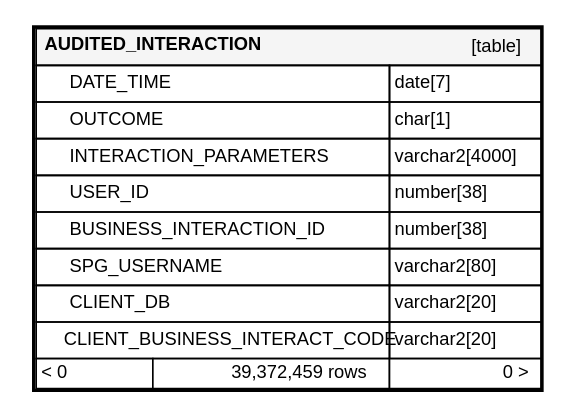
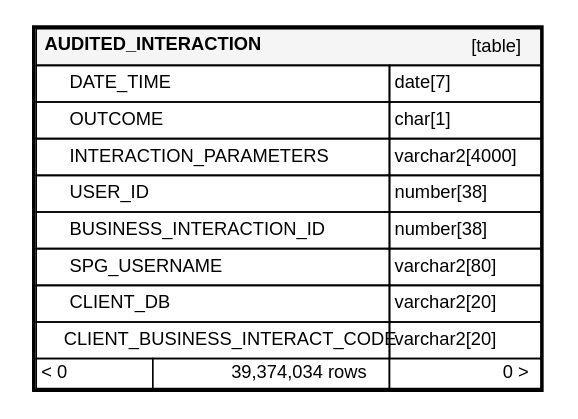
One commit to ministryofjustice/hmpps-probation-integration-services changed the diagram in schema-spy-report/diagrams/orphans/AUDITED_INTERACTION.1degree.dot. Above: the diagram before and after it, drawn with Graphviz. The commit also changed 84 other files, not shown here.

```diff
--- a/schema-spy-report/diagrams/orphans/AUDITED_INTERACTION.1degree.dot
+++ b/schema-spy-report/diagrams/orphans/AUDITED_INTERACTION.1degree.dot
@@ -1,37 +1,37 @@
 digraph "AUDITED_INTERACTION" {
   graph [
     rankdir="RL"
     bgcolor="#ffffff"
     nodesep="0.18"
     ranksep="0.46"
     fontname="Helvetica"
     fontsize="11"
     ration="compress"
   ];
   node [
     fontname="Helvetica"
     fontsize="11"
     shape="plaintext"
   ];
   edge [
     arrowsize="0.8"
   ];
   "AUDITED_INTERACTION" [
    label=<
     <TABLE BORDER="2" CELLBORDER="1" CELLSPACING="0" BGCOLOR="#ffffff">
       <TR><TD COLSPAN="4"  BGCOLOR="#f5f5f5"><TABLE BORDER="0" CELLSPACING="0"><TR><TD ALIGN="LEFT"><B>AUDITED_INTERACTION</B></TD><TD ALIGN="RIGHT">[table]</TD></TR></TABLE></TD></TR>
       <TR><TD PORT="DATE_TIME" COLSPAN="2" ALIGN="LEFT"><TABLE BORDER="0" CELLSPACING="0" ALIGN="LEFT"><TR ALIGN="LEFT"><TD ALIGN="LEFT" FIXEDSIZE="TRUE" WIDTH="15" HEIGHT="16"></TD><TD ALIGN="LEFT" FIXEDSIZE="TRUE" WIDTH="191" HEIGHT="16">DATE_TIME</TD></TR></TABLE></TD><TD PORT="DATE_TIME.type" ALIGN="LEFT">date[7]</TD></TR>
       <TR><TD PORT="OUTCOME" COLSPAN="2" ALIGN="LEFT"><TABLE BORDER="0" CELLSPACING="0" ALIGN="LEFT"><TR ALIGN="LEFT"><TD ALIGN="LEFT" FIXEDSIZE="TRUE" WIDTH="15" HEIGHT="16"></TD><TD ALIGN="LEFT" FIXEDSIZE="TRUE" WIDTH="191" HEIGHT="16">OUTCOME</TD></TR></TABLE></TD><TD PORT="OUTCOME.type" ALIGN="LEFT">char[1]</TD></TR>
       <TR><TD PORT="INTERACTION_PARAMETERS" COLSPAN="2" ALIGN="LEFT"><TABLE BORDER="0" CELLSPACING="0" ALIGN="LEFT"><TR ALIGN="LEFT"><TD ALIGN="LEFT" FIXEDSIZE="TRUE" WIDTH="15" HEIGHT="16"></TD><TD ALIGN="LEFT" FIXEDSIZE="TRUE" WIDTH="191" HEIGHT="16">INTERACTION_PARAMETERS</TD></TR></TABLE></TD><TD PORT="INTERACTION_PARAMETERS.type" ALIGN="LEFT">varchar2[4000]</TD></TR>
       <TR><TD PORT="USER_ID" COLSPAN="2" ALIGN="LEFT"><TABLE BORDER="0" CELLSPACING="0" ALIGN="LEFT"><TR ALIGN="LEFT"><TD ALIGN="LEFT" FIXEDSIZE="TRUE" WIDTH="15" HEIGHT="16"></TD><TD ALIGN="LEFT" FIXEDSIZE="TRUE" WIDTH="191" HEIGHT="16">USER_ID</TD></TR></TABLE></TD><TD PORT="USER_ID.type" ALIGN="LEFT">number[38]</TD></TR>
       <TR><TD PORT="BUSINESS_INTERACTION_ID" COLSPAN="2" ALIGN="LEFT"><TABLE BORDER="0" CELLSPACING="0" ALIGN="LEFT"><TR ALIGN="LEFT"><TD ALIGN="LEFT" FIXEDSIZE="TRUE" WIDTH="15" HEIGHT="16"></TD><TD ALIGN="LEFT" FIXEDSIZE="TRUE" WIDTH="191" HEIGHT="16">BUSINESS_INTERACTION_ID</TD></TR></TABLE></TD><TD PORT="BUSINESS_INTERACTION_ID.type" ALIGN="LEFT">number[38]</TD></TR>
       <TR><TD PORT="SPG_USERNAME" COLSPAN="2" ALIGN="LEFT"><TABLE BORDER="0" CELLSPACING="0" ALIGN="LEFT"><TR ALIGN="LEFT"><TD ALIGN="LEFT" FIXEDSIZE="TRUE" WIDTH="15" HEIGHT="16"></TD><TD ALIGN="LEFT" FIXEDSIZE="TRUE" WIDTH="191" HEIGHT="16">SPG_USERNAME</TD></TR></TABLE></TD><TD PORT="SPG_USERNAME.type" ALIGN="LEFT">varchar2[80]</TD></TR>
       <TR><TD PORT="CLIENT_DB" COLSPAN="2" ALIGN="LEFT"><TABLE BORDER="0" CELLSPACING="0" ALIGN="LEFT"><TR ALIGN="LEFT"><TD ALIGN="LEFT" FIXEDSIZE="TRUE" WIDTH="15" HEIGHT="16"></TD><TD ALIGN="LEFT" FIXEDSIZE="TRUE" WIDTH="191" HEIGHT="16">CLIENT_DB</TD></TR></TABLE></TD><TD PORT="CLIENT_DB.type" ALIGN="LEFT">varchar2[20]</TD></TR>
       <TR><TD PORT="CLIENT_BUSINESS_INTERACT_CODE" COLSPAN="2" ALIGN="LEFT"><TABLE BORDER="0" CELLSPACING="0" ALIGN="LEFT"><TR ALIGN="LEFT"><TD ALIGN="LEFT" FIXEDSIZE="TRUE" WIDTH="15" HEIGHT="16"></TD><TD ALIGN="LEFT" FIXEDSIZE="TRUE" WIDTH="191" HEIGHT="16">CLIENT_BUSINESS_INTERACT_CODE</TD></TR></TABLE></TD><TD PORT="CLIENT_BUSINESS_INTERACT_CODE.type" ALIGN="LEFT">varchar2[20]</TD></TR>
-      <TR><TD ALIGN="LEFT" BGCOLOR="#ffffff">&lt; 0</TD><TD ALIGN="RIGHT" BGCOLOR="#ffffff">39,372,459 rows</TD><TD ALIGN="RIGHT" BGCOLOR="#ffffff">0 &gt;</TD></TR>
+      <TR><TD ALIGN="LEFT" BGCOLOR="#ffffff">&lt; 0</TD><TD ALIGN="RIGHT" BGCOLOR="#ffffff">39,374,034 rows</TD><TD ALIGN="RIGHT" BGCOLOR="#ffffff">0 &gt;</TD></TR>
     </TABLE>>
     URL="../../tables/AUDITED_INTERACTION.html"
     target="_top"
     tooltip="AUDITED_INTERACTION"
   ];
 }
```
